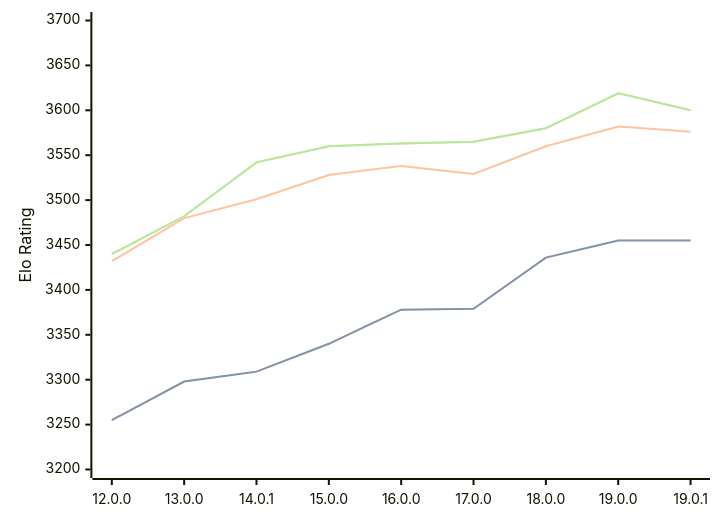
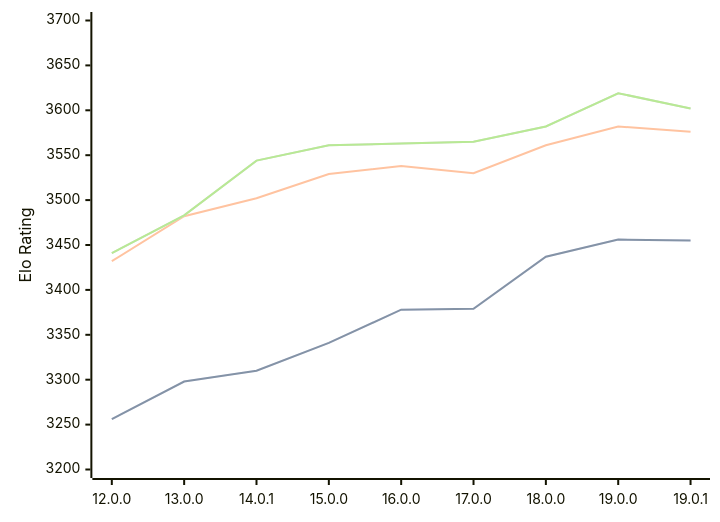
Before and after one commit to computer-chess-index/cci: the diagram in engines/Viridithas.md, drawn with Mermaid. The commit also changed other lines of this file, not shown here.

Commit message:
Update CCI Ratings (ELO VLTC) - 2026-05-14

````diff
--- a/engines/Viridithas.md
+++ b/engines/Viridithas.md
@@ -63,11 +63,11 @@
 ```mermaid
 %%{init: {"theme":"base","themeVariables":{"seriesColors:['#a3a3a3','#222221','#faa371']}}}%%
 xychart-beta
   x-axis ["12.0.0", "13.0.0", "14.0.1", "15.0.0", "16.0.0", "17.0.0", "18.0.0", "19.0.0", "19.0.1"]
   y-axis "Elo Rating" 3200 --> 3700
-  line "STC (8.0+0.08s)" [3255, 3298, 3309, 3340, 3378, 3379, 3436, 3455, 3455]
-  line "STC (8.0+0.08s)" [3255, 3298, 3309, 3340, 3378, 3379, 3436, 3455, 3455]
-  line "LTC (60.0+0.60s)" [3432, 3480, 3501, 3528, 3538, 3529, 3560, 3582, 3576]
-  line "VLTC (2m24s+1.12s)" [3440, 3482, 3542, 3560, 3563, 3565, 3580, 3619, 3600]
-  line "VLTC (2m24s+1.12s)" [3440, 3482, 3542, 3560, 3563, 3565, 3580, 3619, 3600]
+  line "STC (8.0+0.08s)" [3256, 3298, 3310, 3341, 3378, 3379, 3437, 3456, 3455]
+  line "STC (8.0+0.08s)" [3256, 3298, 3310, 3341, 3378, 3379, 3437, 3456, 3455]
+  line "LTC (60.0+0.60s)" [3432, 3482, 3502, 3529, 3538, 3530, 3561, 3582, 3576]
+  line "VLTC (2m24s+1.12s)" [3441, 3483, 3544, 3561, 3563, 3565, 3582, 3619, 3602]
+  line "VLTC (2m24s+1.12s)" [3441, 3483, 3544, 3561, 3563, 3565, 3582, 3619, 3602]
 ```
````
